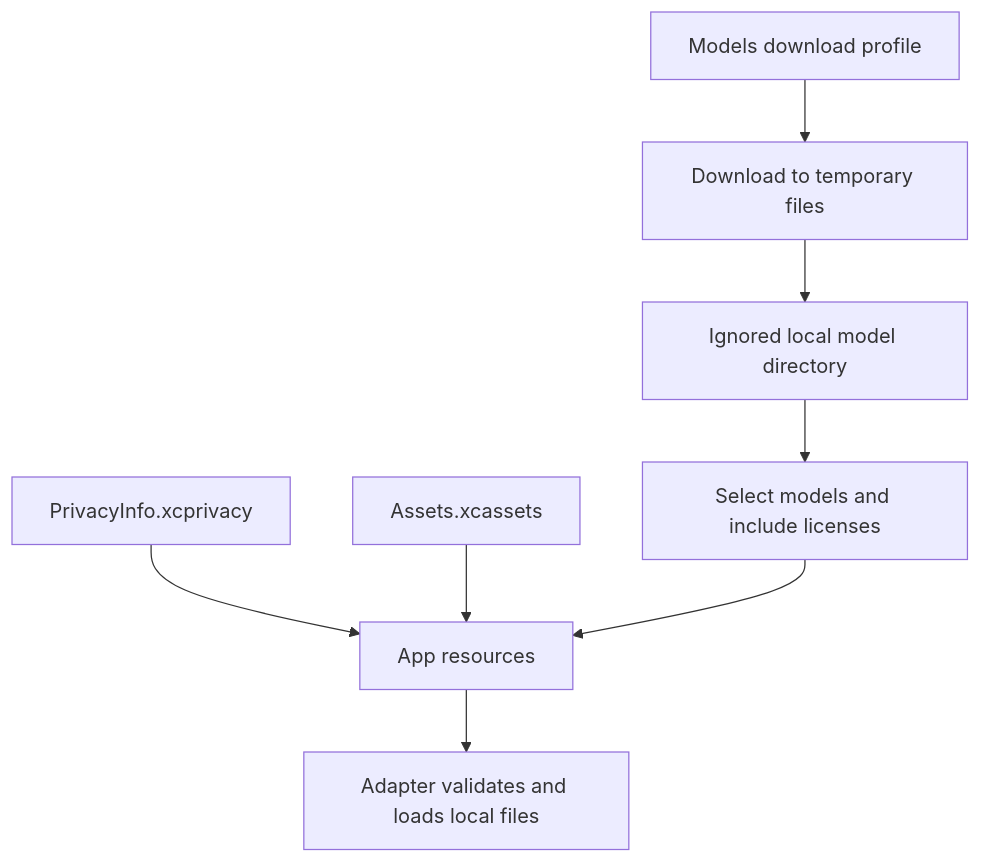
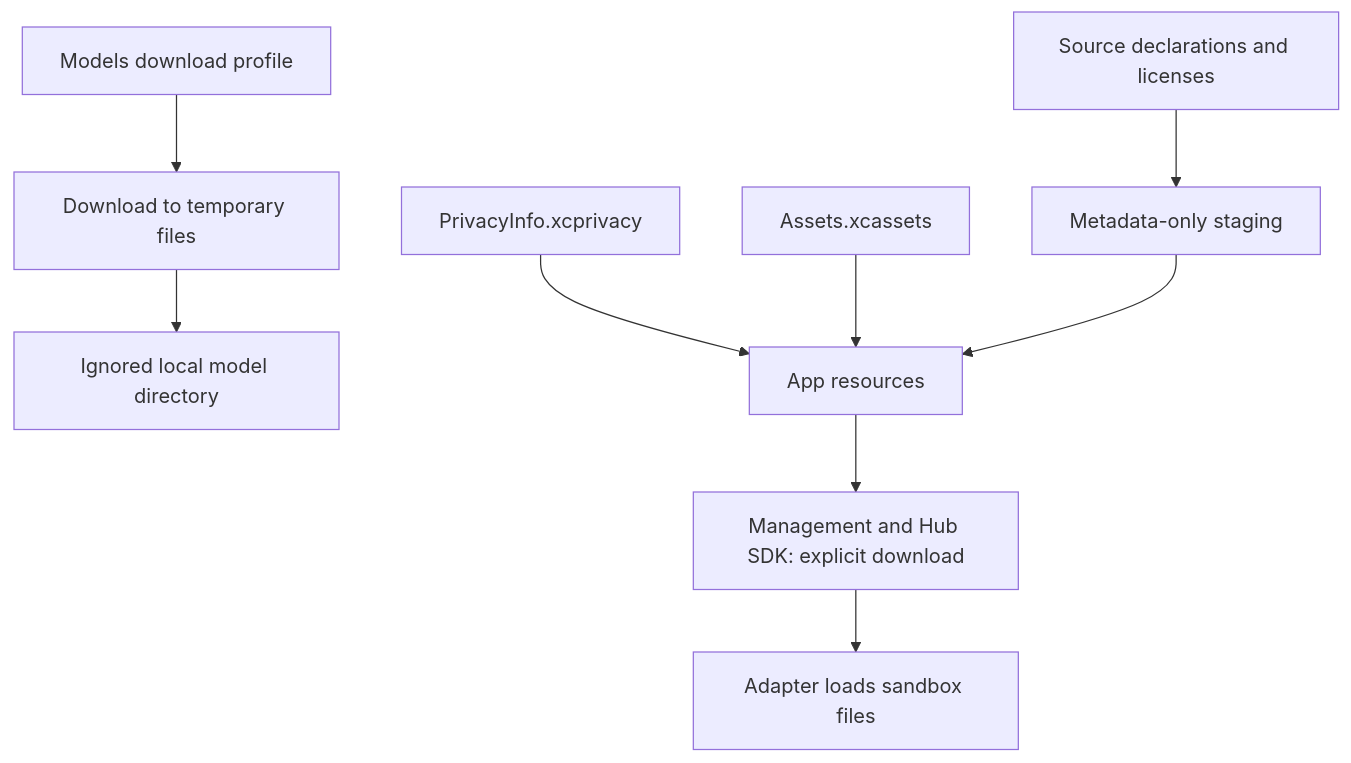
The second of 2 diagrams in MobileHarness/Resources/README.md (devilyouwei/MobileHarness), drawn with Mermaid before and after one commit. The commit also changed other lines of this file and 138 other files, not shown here.

````diff
--- a/MobileHarness/Resources/README.md
+++ b/MobileHarness/Resources/README.md
@@ -36,10 +36,11 @@
 ```mermaid
 flowchart TD
     Profile[Models download profile] --> Download[Download to temporary files]
     Download --> Local[Ignored local model directory]
-    Local --> Stage[Select models and include licenses]
+    Catalog[Source declarations and licenses] --> Stage[Metadata-only staging]
     Privacy[PrivacyInfo.xcprivacy] --> Bundle[App resources]
     Icon[Assets.xcassets] --> Bundle
     Stage --> Bundle
-    Bundle --> Loader[Adapter validates and loads local files]
+    Bundle --> Acquire[Management and Hub SDK: explicit download]
+    Acquire --> Loader[Adapter loads sandbox files]
 ```
````
